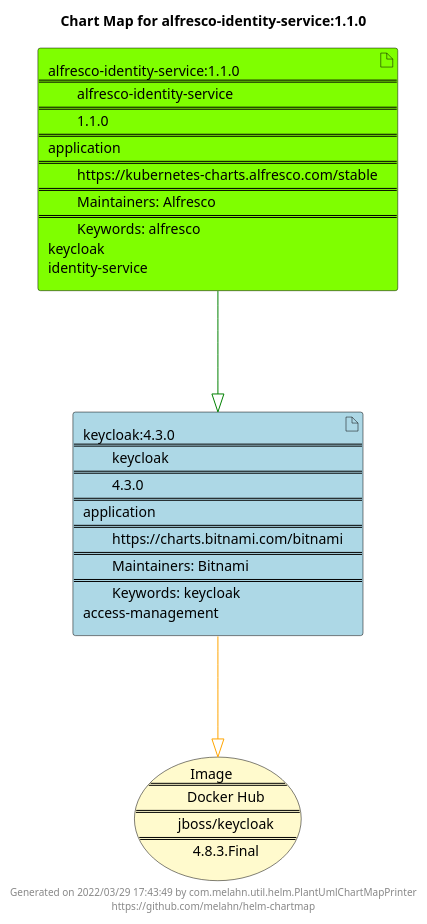
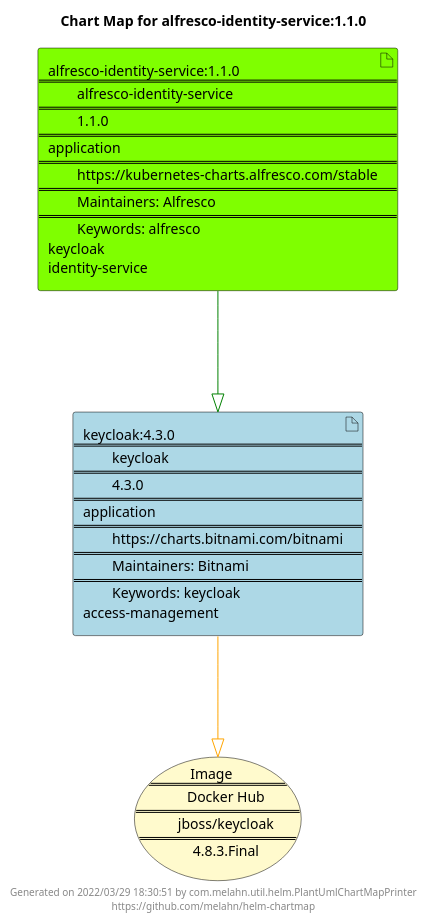
The diagram in docs/alfresco-identity-service/alfresco-identity-service-1.1.0.puml (melahn/helm-chartmap), drawn with PlantUML before and after one commit. The commit also changed 51 other files, not shown here.

Commit message:
Update Example Chart Maps as part of GitHub build

```diff
--- a/docs/alfresco-identity-service/alfresco-identity-service-1.1.0.puml
+++ b/docs/alfresco-identity-service/alfresco-identity-service-1.1.0.puml
@@ -1,23 +1,23 @@
 @startuml
 skinparam linetype ortho
 skinparam backgroundColor white
 skinparam usecaseBorderColor black
 skinparam usecaseArrowColor LightSlateGray
 skinparam artifactBorderColor black
 skinparam artifactArrowColor LightSlateGray
 
 title Chart Map for alfresco-identity-service:1.1.0
 
 'There are 2 referenced Helm Charts
 artifact "alfresco-identity-service:1.1.0\n====\n\talfresco-identity-service\n====\n\t1.1.0\n====\napplication\n====\n\thttps://kubernetes-charts.alfresco.com/stable\n====\n\tMaintainers: Alfresco\n====\n\tKeywords: alfresco\nkeycloak\nidentity-service" as alfresco_identity_service_1_1_0 #Chartreuse
 artifact "keycloak:4.3.0\n====\n\tkeycloak\n====\n\t4.3.0\n====\napplication\n====\n\thttps://charts.bitnami.com/bitnami\n====\n\tMaintainers: Bitnami\n====\n\tKeywords: keycloak\naccess-management" as keycloak_4_3_0 #LightBlue
 
 'There is one referenced Docker Image
 usecase "Image\n====\n\tDocker Hub\n====\n\tjboss/keycloak\n====\n\t4.8.3.Final" as jboss_keycloak_4_8_3_Final #LemonChiffon
 
 'Chart Dependencies
 alfresco_identity_service_1_1_0--[#green]-|>keycloak_4_3_0
 keycloak_4_3_0--[#orange]-|>jboss_keycloak_4_8_3_Final
 
-center footer Generated on 2022/03/29 17:43:49 by com.melahn.util.helm.PlantUmlChartMapPrinter\nhttps://github.com/melahn/helm-chartmap
+center footer Generated on 2022/03/29 18:30:51 by com.melahn.util.helm.PlantUmlChartMapPrinter\nhttps://github.com/melahn/helm-chartmap
 @enduml
```
